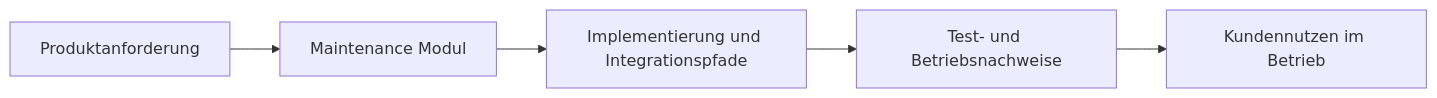
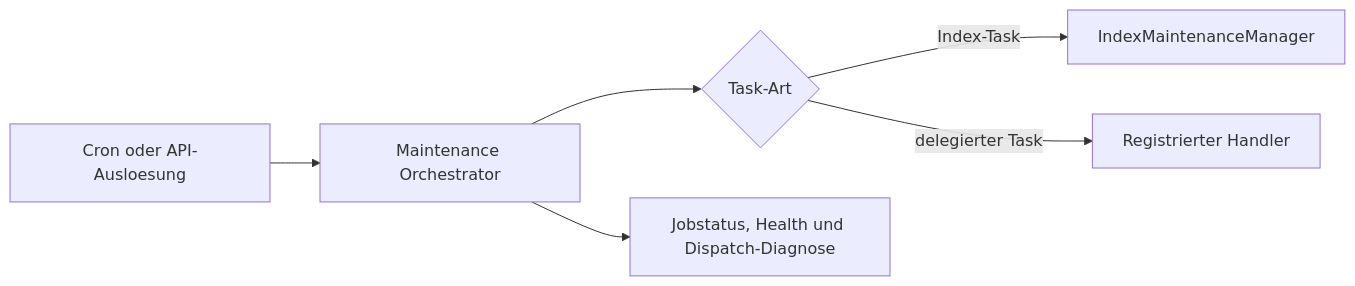
One commit to makr-code/ThemisDB changed the diagram in src/maintenance/FEATURES.md. Above: the diagram before and after it, drawn with Mermaid. The commit also changed other lines of this file and 21 other files, not shown here.

````diff
--- a/src/maintenance/FEATURES.md
+++ b/src/maintenance/FEATURES.md
@@ -20,7 +27,8 @@
 ```mermaid
 flowchart LR
-    A[Produktanforderung] --> B[Maintenance Modul]
-    B --> C[Implementierung und Integrationspfade]
-    C --> D[Test- und Betriebsnachweise]
-    D --> E[Kundennutzen im Betrieb]
+    A[Cron oder API-Ausloesung] --> B[Maintenance Orchestrator]
+    B --> C{Task-Art}
+    C -->|Index-Task| D[IndexMaintenanceManager]
+    C -->|delegierter Task| E[Registrierter Handler]
+    B --> F[Jobstatus, Health und Dispatch-Diagnose]
 ```
````
